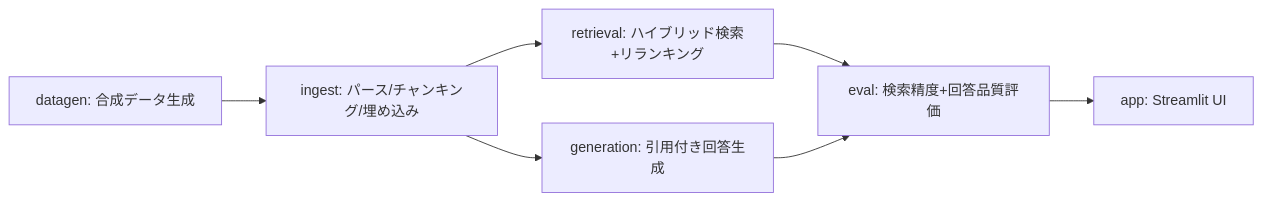
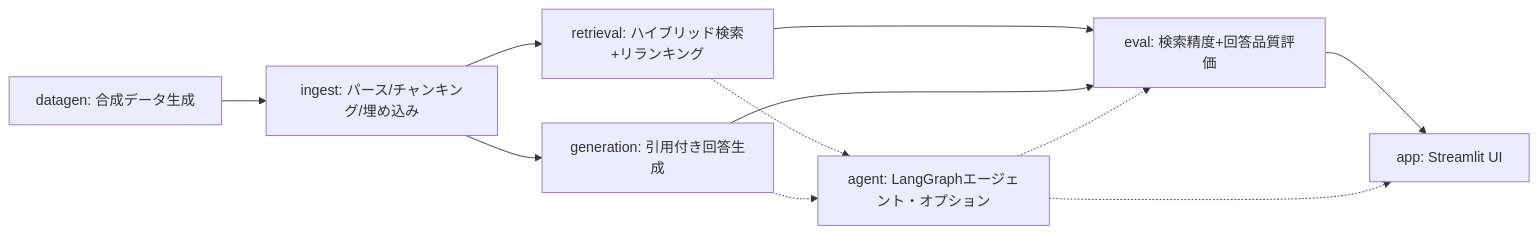
One commit to satoshi-abe-dev/silo-rag changed the first of 2 diagrams in README_ja.md. Above: the diagram before and after it, drawn with Mermaid. The commit also changed other lines of this file and 1 other file, not shown here.

First line of the commit message:
Document the LangGraph agent: design decisions and baseline comparison

````diff
--- a/README_ja.md
+++ b/README_ja.md
@@ -140,9 +155,13 @@
 ```mermaid
 graph LR
     A[datagen: 合成データ生成] --> B[ingest: パース/チャンキング/埋め込み]
     B --> C[retrieval: ハイブリッド検索+リランキング]
     B --> D[generation: 引用付き回答生成]
     C --> E[eval: 検索精度+回答品質評価]
     D --> E
     E --> F[app: Streamlit UI]
+    C -.-> G[agent: LangGraphエージェント・オプション]
+    D -.-> G
+    G -.-> E
+    G -.-> F
 ```
````
